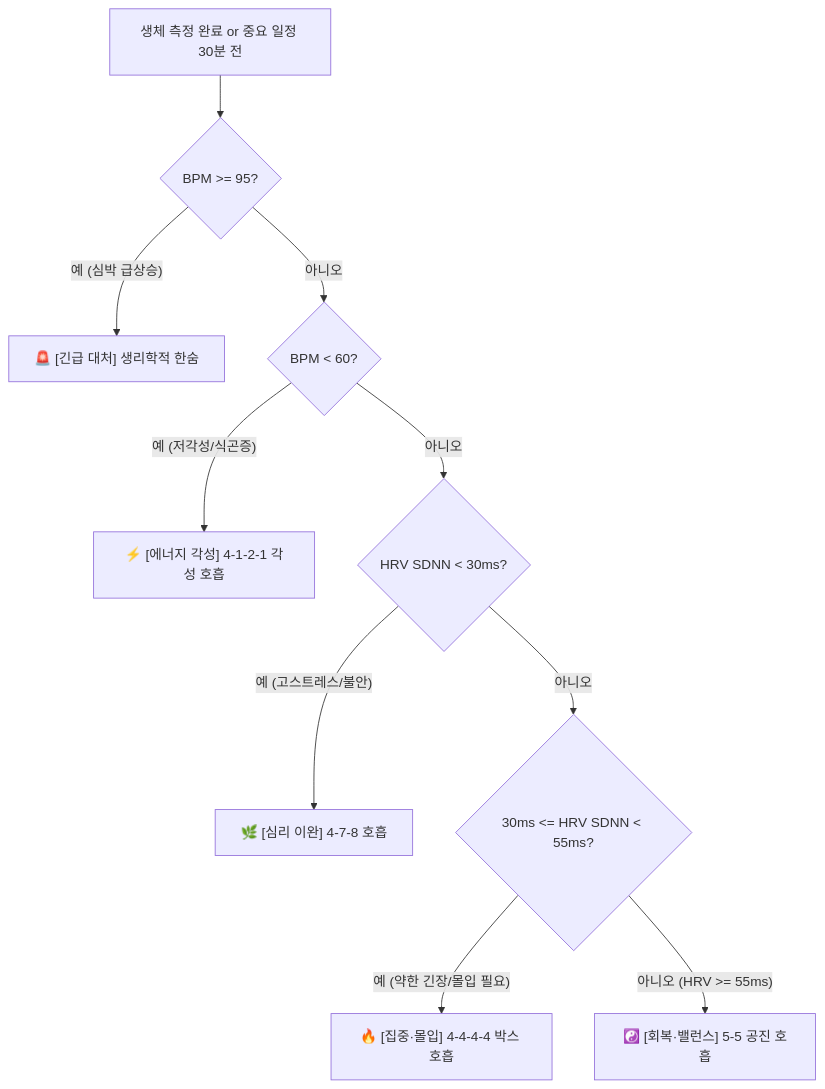
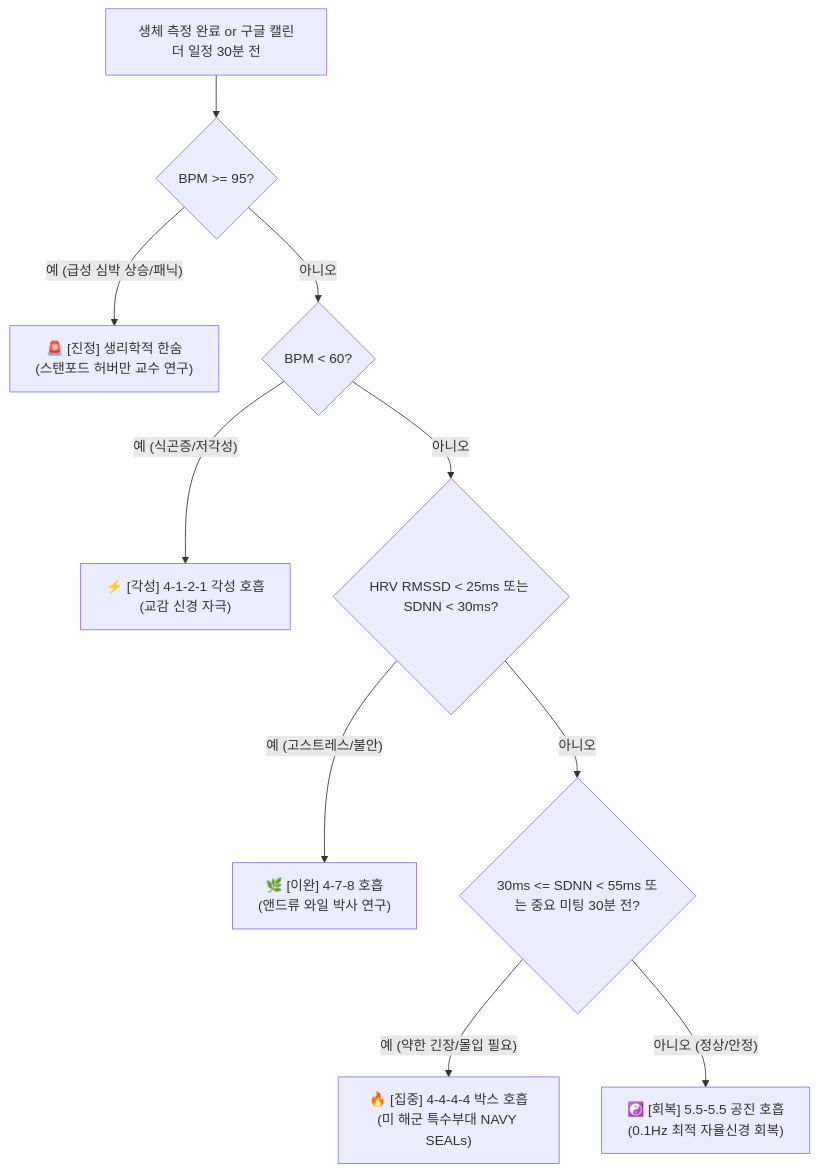
Before and after one commit to yelimk/bpace: the third of 3 diagrams in backend/PPG_SCIENTIFIC_EVIDENCE_AND_ALGORITHM.md, drawn with Mermaid. The commit also changed other lines of this file and 1 other file, not shown here.

````diff
--- a/backend/PPG_SCIENTIFIC_EVIDENCE_AND_ALGORITHM.md
+++ b/backend/PPG_SCIENTIFIC_EVIDENCE_AND_ALGORITHM.md
@@ -116,12 +129,12 @@
 ```mermaid
 flowchart TD
-    Start["생체 측정 완료 or 중요 일정 30분 전"] --> Check1{"BPM >= 95?"}
-    Check1 -- 예 (심박 급상승) --> Rec1["🚨 [긴급 대처] 생리학적 한숨"]
+    Start["생체 측정 완료 or 구글 캘린더 일정 30분 전"] --> Check1{"BPM >= 95?"}
+    Check1 -- 예 (급성 심박 상승/패닉) --> Rec1["🚨 [진정] 생리학적 한숨<br/>(스탠포드 허버만 교수 연구)"]
     Check1 -- 아니오 --> Check2{"BPM < 60?"}
-    Check2 -- 예 (저각성/식곤증) --> Rec2["⚡ [에너지 각성] 4-1-2-1 각성 호흡"]
-    Check2 -- 아니오 --> Check3{"HRV SDNN < 30ms?"}
-    Check3 -- 예 (고스트레스/불안) --> Rec3["🌿 [심리 이완] 4-7-8 호흡"]
-    Check3 -- 아니오 --> Check4{"30ms <= HRV SDNN < 55ms?"}
-    Check4 -- 예 (약한 긴장/몰입 필요) --> Rec4["🔥 [집중·몰입] 4-4-4-4 박스 호흡"]
-    Check4 -- 아니오 (HRV >= 55ms) --> Rec5["☯️ [회복·밸런스] 5-5 공진 호흡"]
+    Check2 -- 예 (식곤증/저각성) --> Rec2["⚡ [각성] 4-1-2-1 각성 호흡<br/>(교감 신경 자극)"]
+    Check2 -- 아니오 --> Check3{"HRV RMSSD < 25ms 또는 SDNN < 30ms?"}
+    Check3 -- 예 (고스트레스/불안) --> Rec3["🌿 [이완] 4-7-8 호흡<br/>(앤드류 와일 박사 연구)"]
+    Check3 -- 아니오 --> Check4{"30ms <= SDNN < 55ms 또는 중요 미팅 30분 전?"}
+    Check4 -- 예 (약한 긴장/몰입 필요) --> Rec4["🔥 [집중] 4-4-4-4 박스 호흡<br/>(미 해군 특수부대 NAVY SEALs)"]
+    Check4 -- 아니오 (정상/안정) --> Rec5["☯️ [회복] 5.5-5.5 공진 호흡<br/>(0.1Hz 최적 자율신경 회복)"]
 ```
````
